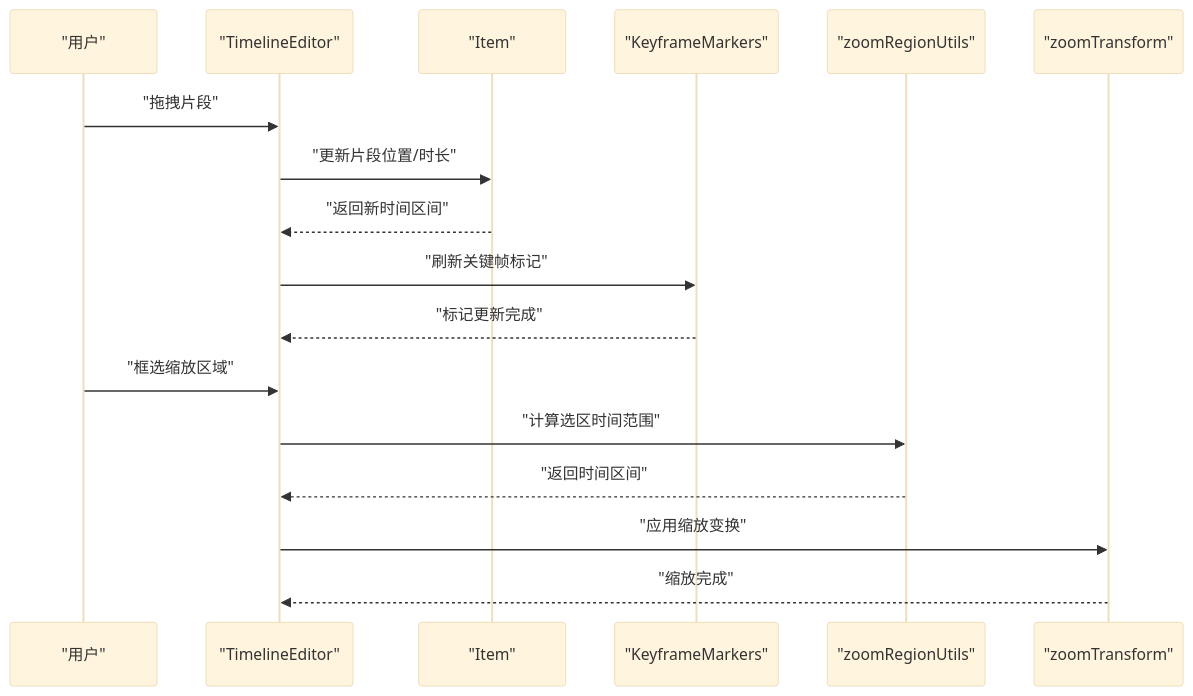
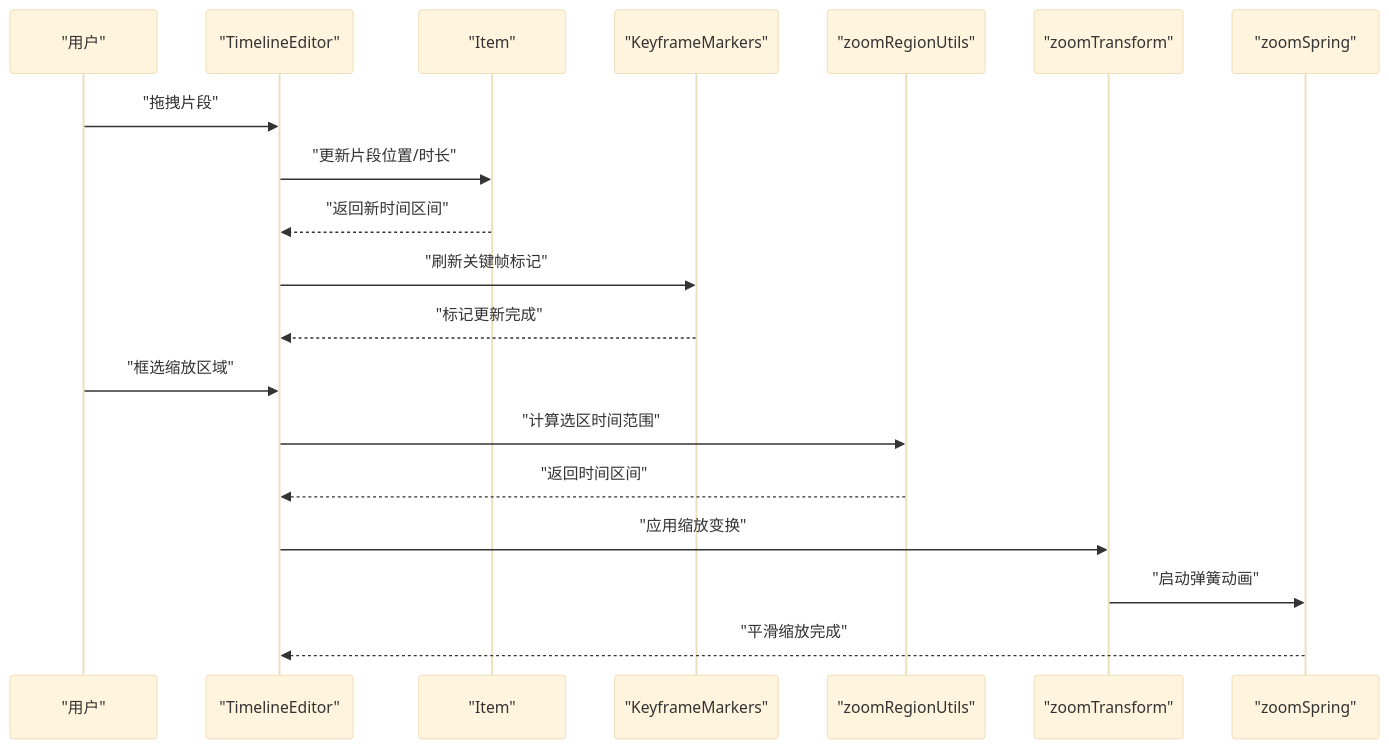
Before and after one commit to zhanggmin/openscreen: the fourth of 9 diagrams in .qoder/repowiki/zh/content/视频编辑系统/视频编辑系统.md, drawn with Mermaid (base theme). The commit also changed other lines of this file and 68 other files, not shown here.

Commit message:
开发图文编辑功能

````diff
--- a/.qoder/repowiki/zh/content/视频编辑系统/视频编辑系统.md
+++ b/.qoder/repowiki/zh/content/视频编辑系统/视频编辑系统.md
@@ -270,19 +316,21 @@
 ```mermaid
 sequenceDiagram
 participant U as "用户"
 participant TL as "TimelineEditor"
 participant IT as "Item"
 participant KM as "KeyframeMarkers"
 participant ZR as "zoomRegionUtils"
 participant ZT as "zoomTransform"
+participant ZS as "zoomSpring"
 U->>TL : "拖拽片段"
 TL->>IT : "更新片段位置/时长"
 IT-->>TL : "返回新时间区间"
 TL->>KM : "刷新关键帧标记"
 KM-->>TL : "标记更新完成"
 U->>TL : "框选缩放区域"
 TL->>ZR : "计算选区时间范围"
 ZR-->>TL : "返回时间区间"
 TL->>ZT : "应用缩放变换"
-ZT-->>TL : "缩放完成"
+ZT->>ZS : "启动弹簧动画"
+ZS-->>TL : "平滑缩放完成"
 ```
````
